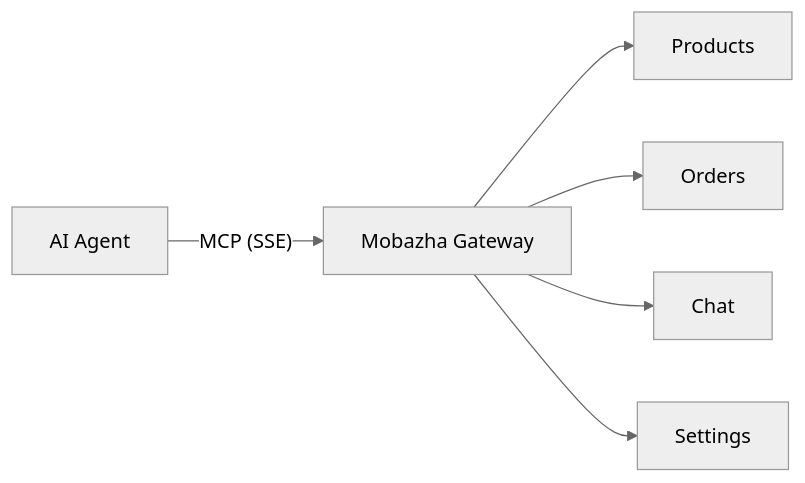
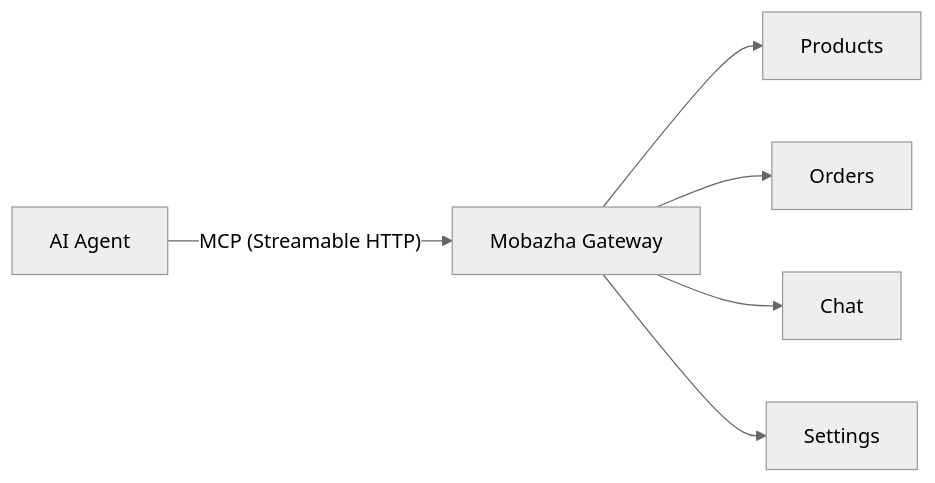
Before and after one commit to mobazha/mobazha-skills: the diagram in README.md, drawn with Mermaid (neutral theme). The commit also changed 11 other files, not shown here.

First line of the commit message:
refactor: migrate MCP docs from SSE to Streamable HTTP at /v1/mcp

````diff
--- a/README.md
+++ b/README.md
@@ -65,8 +65,8 @@
 ```mermaid
 graph LR
-    Agent["AI Agent"] -->|"MCP (SSE)"| Gateway["Mobazha Gateway"]
+    Agent["AI Agent"] -->|"MCP (Streamable HTTP)"| Gateway["Mobazha Gateway"]
     Gateway --> Products["Products"]
     Gateway --> Orders["Orders"]
     Gateway --> Chat["Chat"]
     Gateway --> Settings["Settings"]
 ```
````
